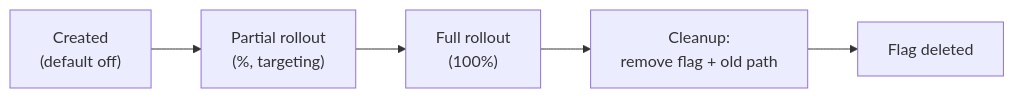
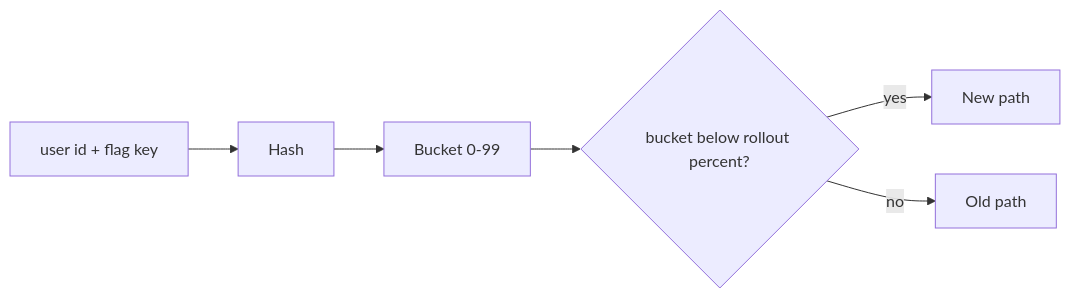
The third of 3 diagrams in src/content/git-teamwork/feature-flags/L2-concept.mdx (francoandreDev/knowledge), drawn with Mermaid before and after one commit. The commit also changed other lines of this file and 3 other files, not shown here.

````diff
--- a/src/content/git-teamwork/feature-flags/L2-concept.mdx
+++ b/src/content/git-teamwork/feature-flags/L2-concept.mdx
@@ -139,7 +135,8 @@
 ```mermaid
 flowchart LR
-    Created["Created\n(default off)"] --> Partial["Partial rollout\n(%, targeting)"]
-    Partial --> Full["Full rollout\n(100%)"]
-    Full --> Cleanup["Cleanup:\nremove flag + old path"]
-    Cleanup --> Gone["Flag deleted"]
+    U["user id + flag key"] --> H["Hash"]
+    H --> B["Bucket 0-99"]
+    B --> C{"bucket below rollout percent?"}
+    C -- "yes" --> N["New path"]
+    C -- "no" --> O["Old path"]
 ```
````
